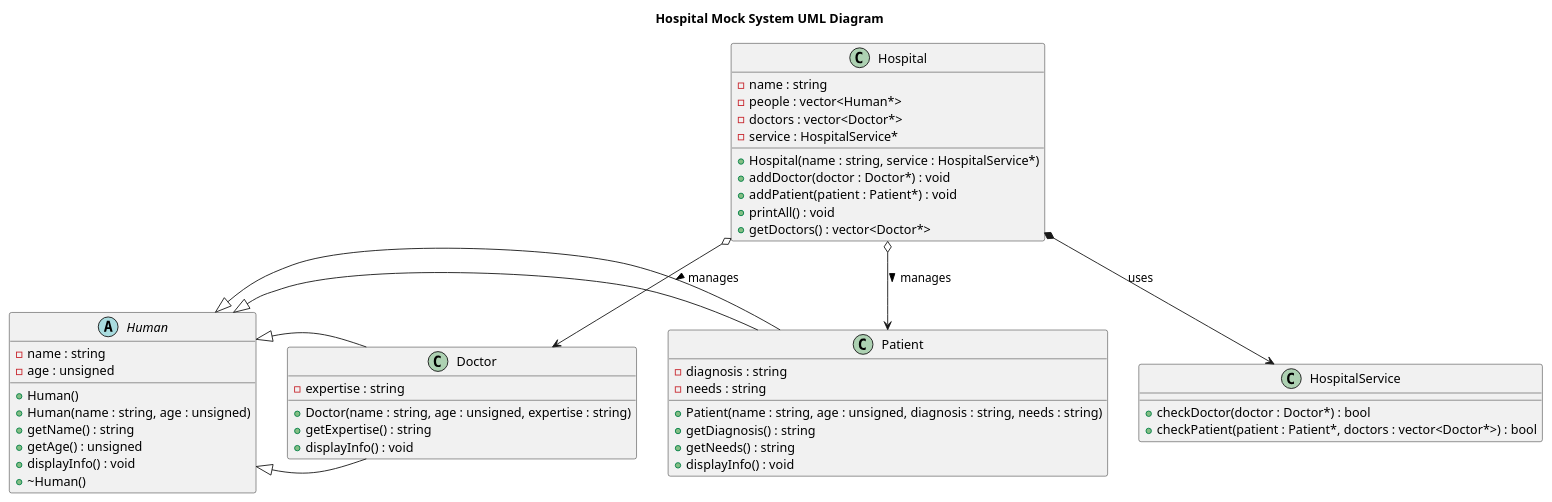
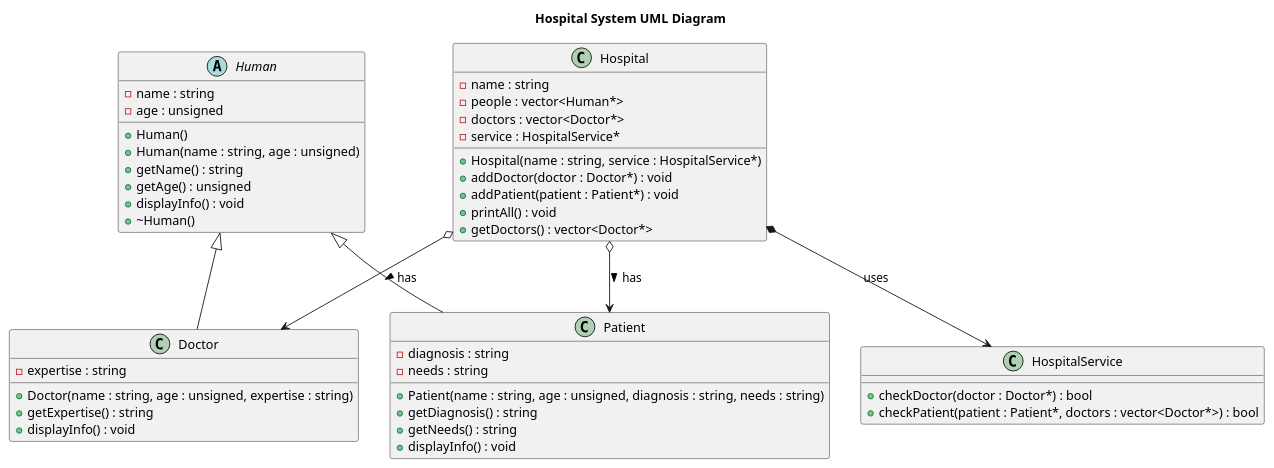
Before and after one commit to nyambayar0118/software_quality_and_testing_seminar_10: the diagram in hospital_mock_system/diagram.wsd, drawn with PlantUML.

Commit message:
updated diagram

```diff
--- a/hospital_mock_system/diagram.wsd
+++ b/hospital_mock_system/diagram.wsd
@@ -1,59 +1,57 @@
 @startuml hospitalDiagram
-title Hospital Mock System UML Diagram
+title Hospital System UML Diagram
 
 abstract class Human {
   - name : string
   - age : unsigned
 
   + Human()
   + Human(name : string, age : unsigned)
   + getName() : string
   + getAge() : unsigned
   + displayInfo() : void
   + ~Human()
 }
 
 class Doctor extends Human {
   - expertise : string
 
   + Doctor(name : string, age : unsigned, expertise : string)
   + getExpertise() : string
   + displayInfo() : void
 }
 
 class Patient extends Human {
   - diagnosis : string
   - needs : string
 
   + Patient(name : string, age : unsigned, diagnosis : string, needs : string)
   + getDiagnosis() : string
   + getNeeds() : string
   + displayInfo() : void
 }
 
 class HospitalService {
   + checkDoctor(doctor : Doctor*) : bool
   + checkPatient(patient : Patient*, doctors : vector<Doctor*>) : bool
 }
 
 class Hospital {
   - name : string
   - people : vector<Human*>
   - doctors : vector<Doctor*>
   - service : HospitalService*
 
   + Hospital(name : string, service : HospitalService*)
   + addDoctor(doctor : Doctor*) : void
   + addPatient(patient : Patient*) : void
   + printAll() : void
   + getDoctors() : vector<Doctor*>
 }
 
 ' Relationships
 Hospital *--> HospitalService : uses
-Hospital o--> Doctor : manages >
-Hospital o--> Patient : manages >
-Doctor -|> Human
-Patient -|> Human
+Hospital o--> Doctor : has >
+Hospital o--> Patient : has >
 
 @enduml
```
